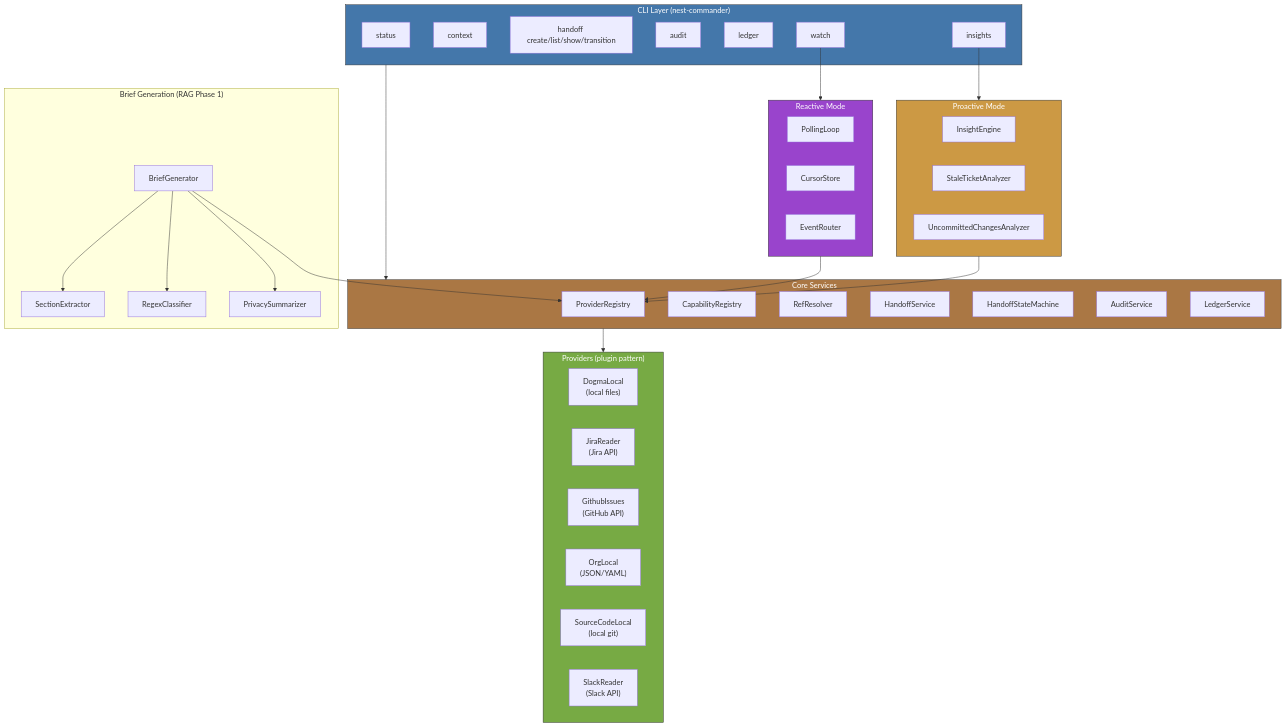
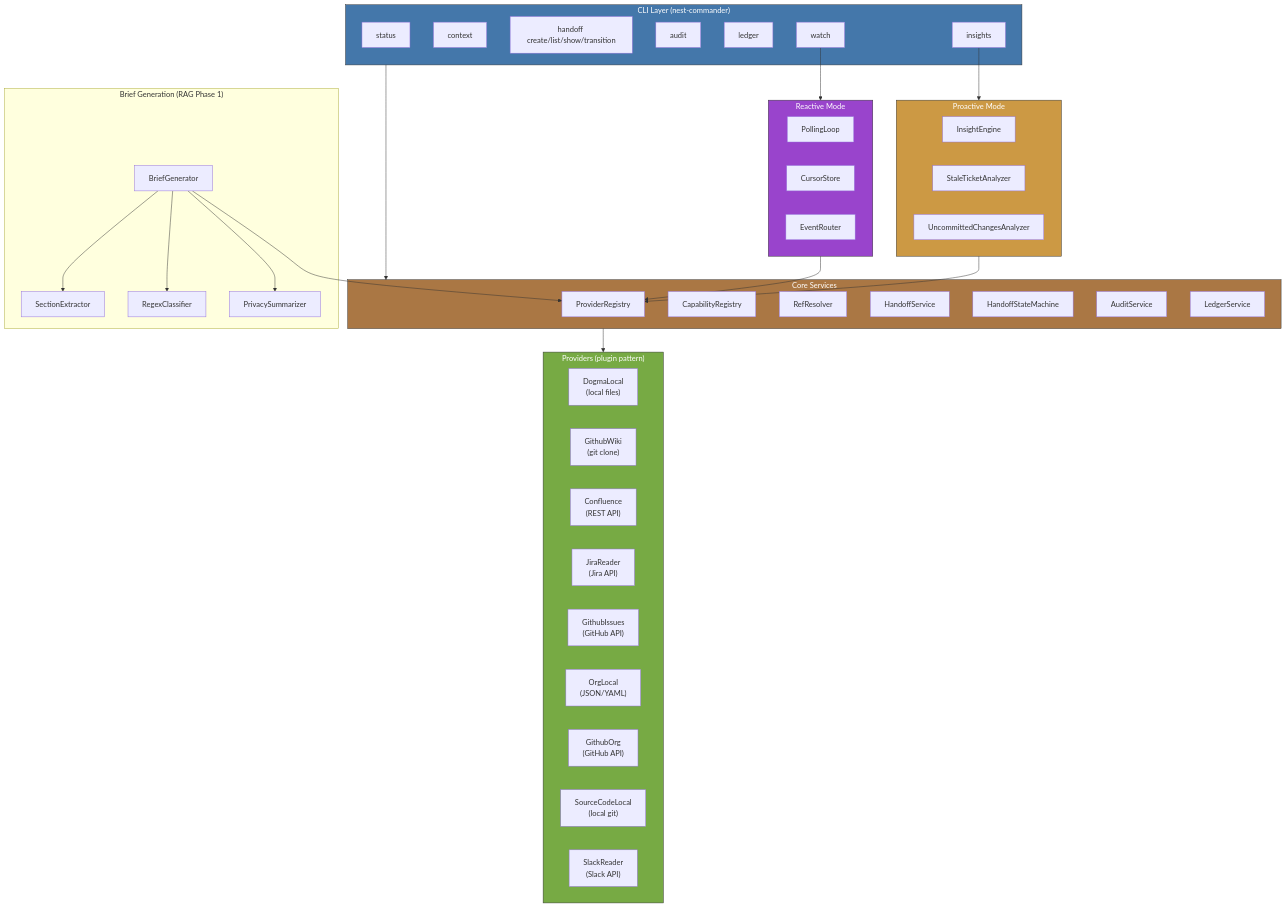
Before and after one commit to virgenherrera/virgil: the first of 6 diagrams in docs/architecture.md, drawn with Mermaid. The commit also changed other lines of this file and 1 other file, not shown here.

First line of the commit message:
docs: update for Confluence, GitHub Org, execution sub-phases

````diff
--- a/docs/architecture.md
+++ b/docs/architecture.md
@@ -10,68 +10,71 @@
 ```mermaid
 flowchart TD
     subgraph CLI["CLI Layer (nest-commander)"]
         STATUS["status"]
         CONTEXT["context"]
         HANDOFF["handoff create/list/show/transition"]
         AUDIT["audit"]
         LEDGER["ledger"]
         WATCH["watch"]
         INSIGHTS["insights"]
     end
 
     subgraph CORE["Core Services"]
         PR["ProviderRegistry"]
         CR["CapabilityRegistry"]
         RR["RefResolver"]
         HS["HandoffService"]
         HSM["HandoffStateMachine"]
         AS["AuditService"]
         LS["LedgerService"]
     end
 
     subgraph REACTIVE["Reactive Mode"]
         PL["PollingLoop"]
         CS["CursorStore"]
         ER["EventRouter"]
     end
 
     subgraph PROACTIVE["Proactive Mode"]
         IE["InsightEngine"]
         ST["StaleTicketAnalyzer"]
         UC["UncommittedChangesAnalyzer"]
     end
 
     subgraph PROVIDERS["Providers (plugin pattern)"]
         DL["DogmaLocal\n(local files)"]
+        GW["GithubWiki\n(git clone)"]
+        CF["Confluence\n(REST API)"]
         JR["JiraReader\n(Jira API)"]
         GH["GithubIssues\n(GitHub API)"]
         OL["OrgLocal\n(JSON/YAML)"]
+        GO["GithubOrg\n(GitHub API)"]
         SC["SourceCodeLocal\n(local git)"]
         SL["SlackReader\n(Slack API)"]
     end
 
     subgraph RAG["Brief Generation (RAG Phase 1)"]
         BG["BriefGenerator"]
         SE["SectionExtractor"]
         RC["RegexClassifier"]
         PS["PrivacySummarizer"]
     end
 
     BG --> SE
     BG --> RC
     BG --> PS
     BG --> PR
 
     CLI --> CORE
     CORE --> PROVIDERS
     WATCH --> REACTIVE
     INSIGHTS --> PROACTIVE
     REACTIVE --> PR
     PROACTIVE --> PR
 
     style CLI fill:#47a,stroke:#333,color:#fff
     style CORE fill:#a74,stroke:#333,color:#fff
     style PROVIDERS fill:#7a4,stroke:#333,color:#fff
     style REACTIVE fill:#94c,stroke:#333,color:#fff
     style PROACTIVE fill:#c94,stroke:#333,color:#fff
 ```
````
